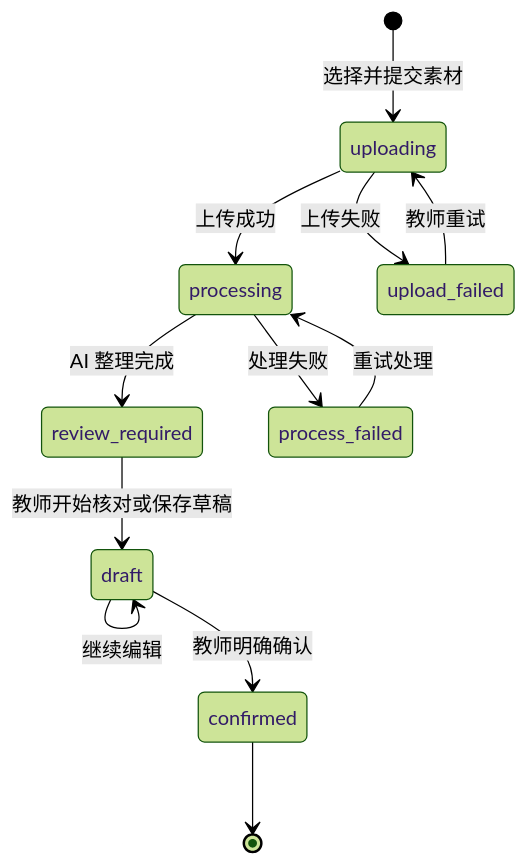
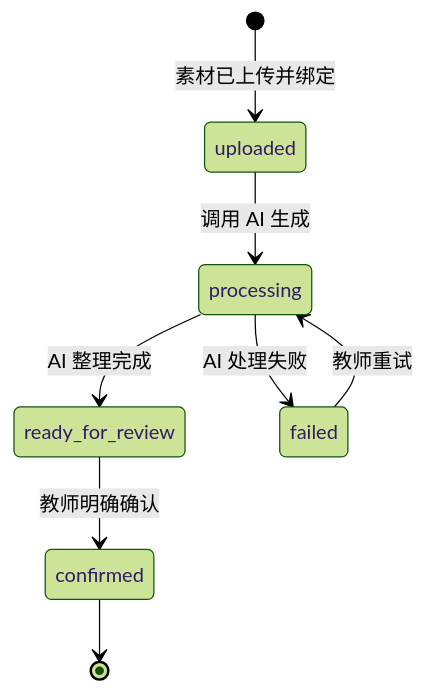
One commit to cc741035412-boop/bangbang changed the second of 2 diagrams in docs/mvp-user-flow.md. Above: the diagram before and after it, drawn with Mermaid (forest theme). The commit also changed other lines of this file and 4 other files, not shown here.

````diff
--- a/docs/mvp-user-flow.md
+++ b/docs/mvp-user-flow.md
@@ -193,14 +193,10 @@
 ```mermaid
 stateDiagram-v2
-    [*] --> uploading: 选择并提交素材
-    uploading --> processing: 上传成功
-    uploading --> upload_failed: 上传失败
-    upload_failed --> uploading: 教师重试
-    processing --> review_required: AI 整理完成
-    processing --> process_failed: 处理失败
-    process_failed --> processing: 重试处理
-    review_required --> draft: 教师开始核对或保存草稿
-    draft --> draft: 继续编辑
-    draft --> confirmed: 教师明确确认
+    [*] --> uploaded: 素材已上传并绑定
+    uploaded --> processing: 调用 AI 生成
+    processing --> ready_for_review: AI 整理完成
+    processing --> failed: AI 处理失败
+    failed --> processing: 教师重试
+    ready_for_review --> confirmed: 教师明确确认
     confirmed --> [*]
 ```
````
